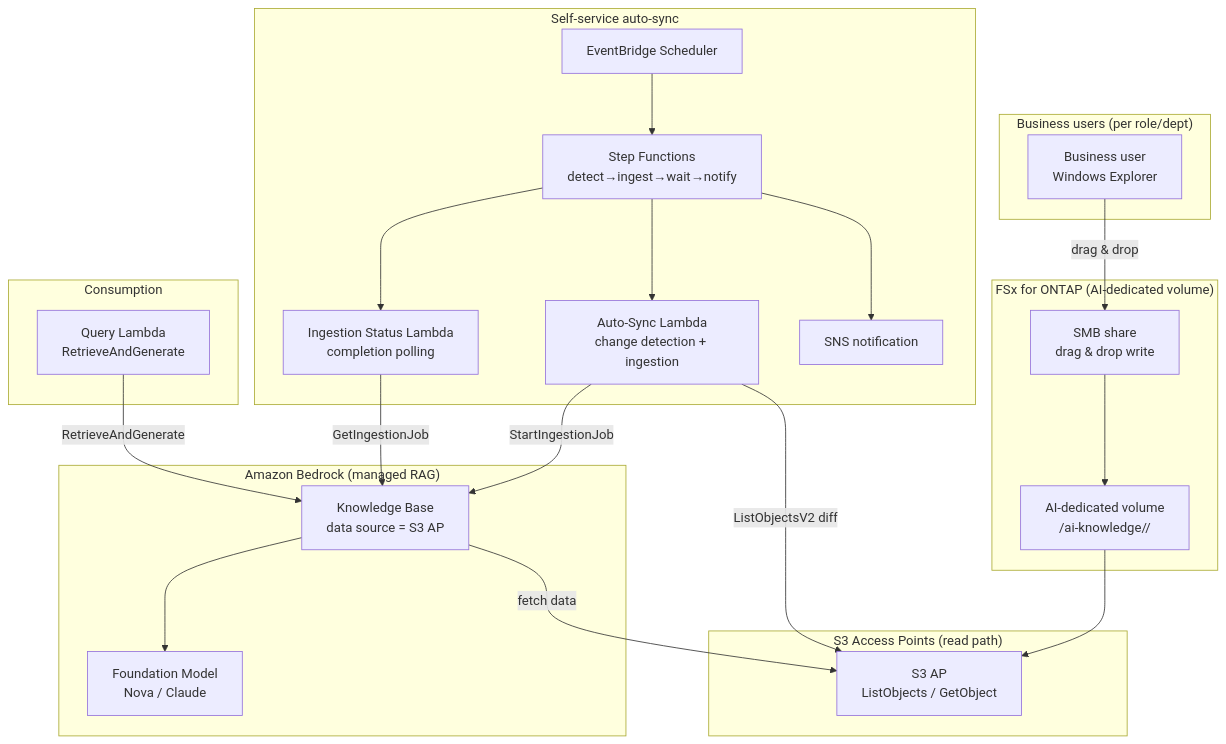
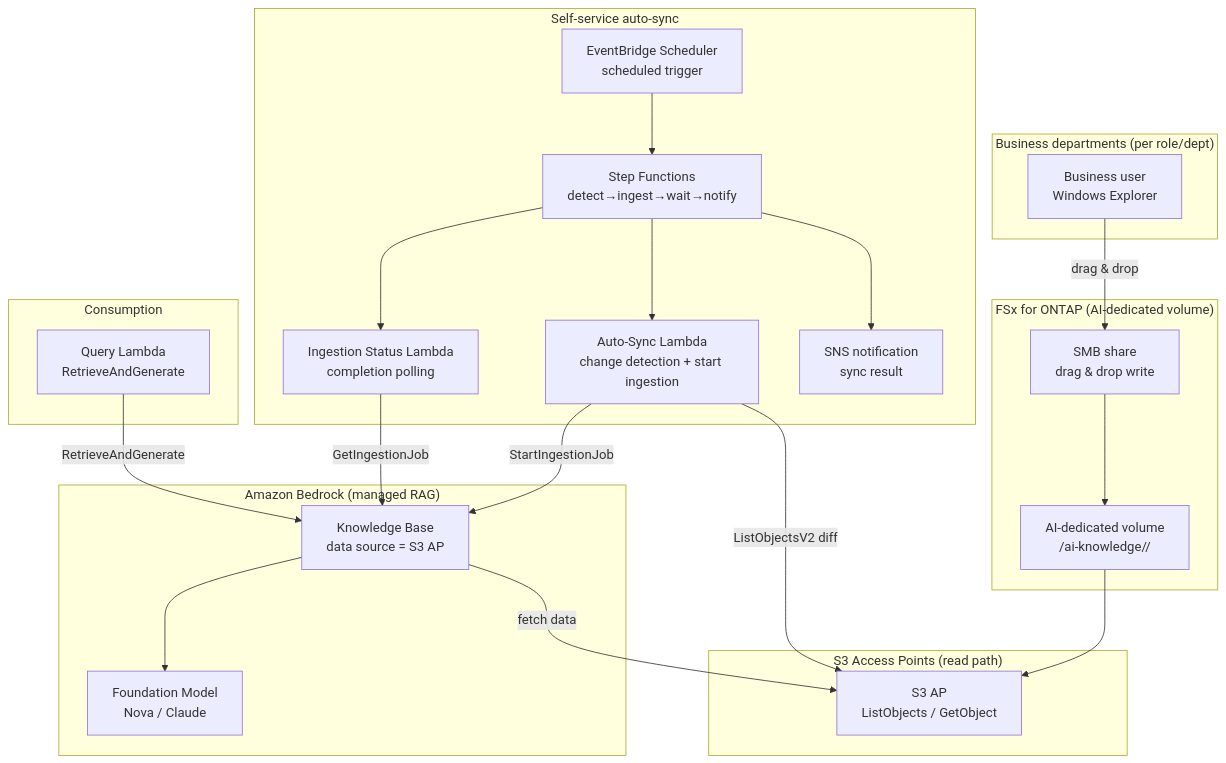
One commit to Yoshiki0705/FSx-for-ONTAP-S3AccessPoints-Serverless-Patterns changed the diagram in solutions/genai/kb-selfservice-curation/README.en.md. Above: the diagram before and after it, drawn with Mermaid. The commit also changed other lines of this file and 20 other files, not shown here.

````diff
--- a/solutions/genai/kb-selfservice-curation/README.en.md
+++ b/solutions/genai/kb-selfservice-curation/README.en.md
@@ -51,41 +61,41 @@
 ```mermaid
 graph TB
-    subgraph "Business users (per role/dept)"
+    subgraph "Business departments (per role/dept)"
         USER[Business user<br/>Windows Explorer]
     end
     subgraph "FSx for ONTAP (AI-dedicated volume)"
         SMB[SMB share<br/>drag & drop write]
         VOL[AI-dedicated volume<br/>/ai-knowledge/<dept>/]
     end
     subgraph "S3 Access Points (read path)"
         S3AP[S3 AP<br/>ListObjects / GetObject]
     end
     subgraph "Self-service auto-sync"
-        SCHED[EventBridge Scheduler]
+        SCHED[EventBridge Scheduler<br/>scheduled trigger]
         SFN[Step Functions<br/>detect→ingest→wait→notify]
-        SYNC[Auto-Sync Lambda<br/>change detection + ingestion]
+        SYNC[Auto-Sync Lambda<br/>change detection + start ingestion]
         STAT[Ingestion Status Lambda<br/>completion polling]
-        SNS[SNS notification]
+        SNS[SNS notification<br/>sync result]
     end
     subgraph "Amazon Bedrock (managed RAG)"
         KB[Knowledge Base<br/>data source = S3 AP]
         FM[Foundation Model<br/>Nova / Claude]
     end
     subgraph "Consumption"
         QUERY[Query Lambda<br/>RetrieveAndGenerate]
     end
 
     USER -->|drag & drop| SMB
     SMB --> VOL
     VOL --> S3AP
     SCHED --> SFN
     SFN --> SYNC
     SYNC -->|ListObjectsV2 diff| S3AP
     SYNC -->|StartIngestionJob| KB
     SFN --> STAT
     STAT -->|GetIngestionJob| KB
     KB -->|fetch data| S3AP
     SFN --> SNS
     QUERY -->|RetrieveAndGenerate| KB
     KB --> FM
 ```
````
